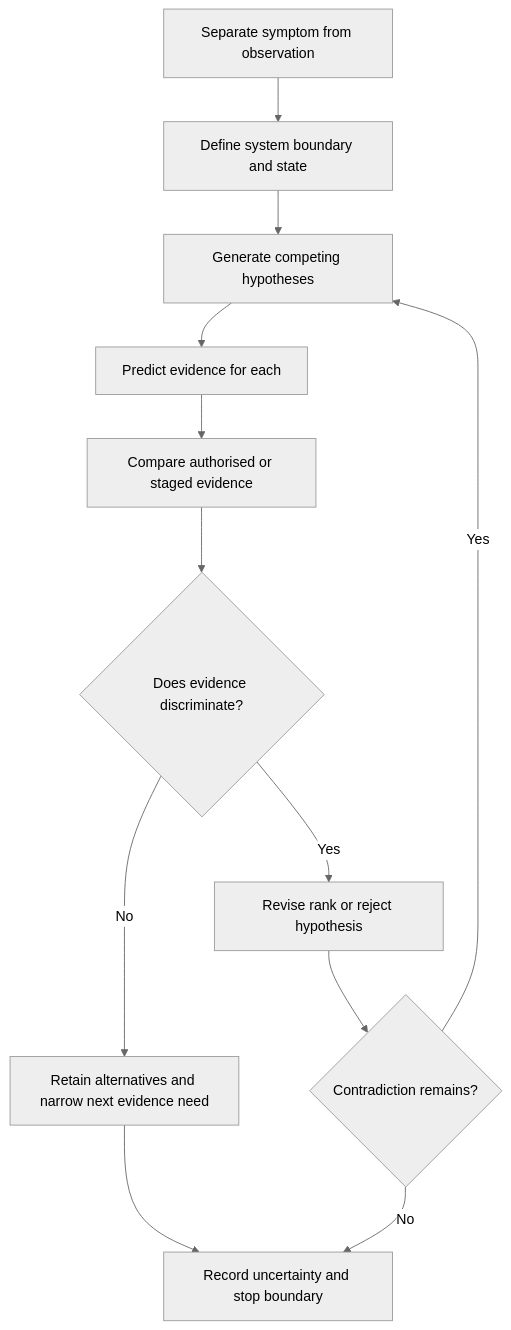
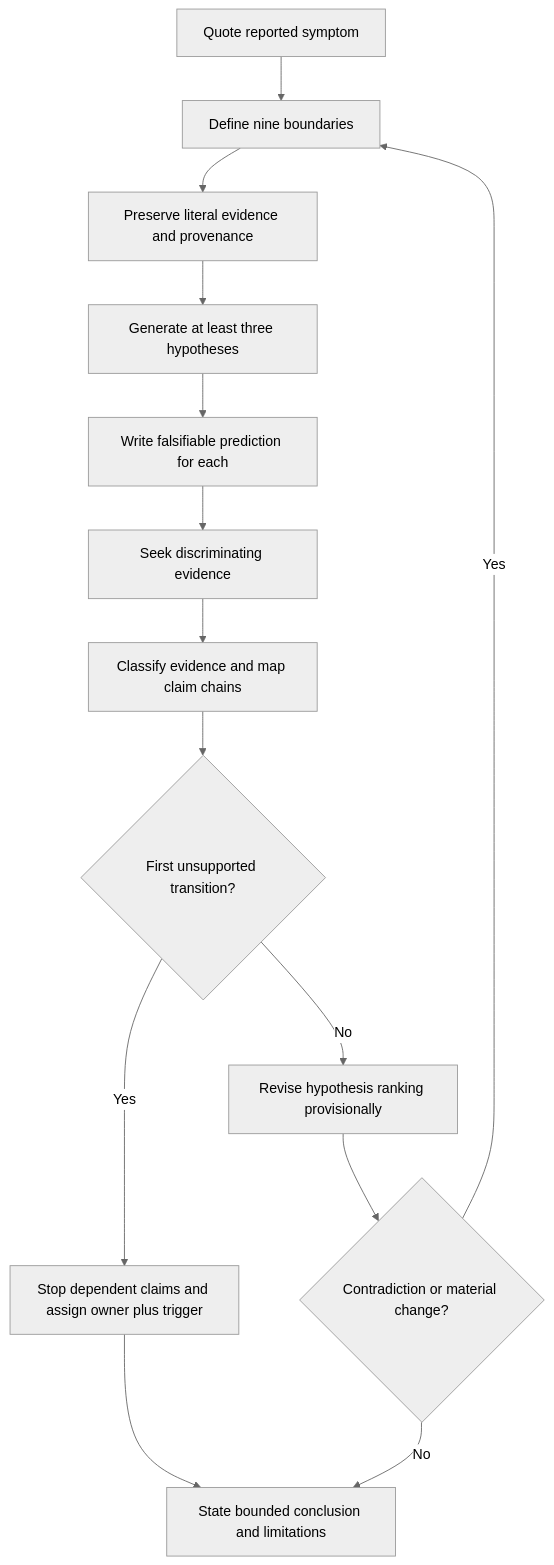
Before and after one commit to andrew3stedall/capstone: the first of 2 diagrams in docs/learning-plans/12-week/modules/day-67-systematic-fault-finding-workflow-and-hypothesis-control.md, drawn with Mermaid (neutral theme). The commit also changed other lines of this file and 3 other files, not shown here.

````diff
--- a/docs/learning-plans/12-week/modules/day-67-systematic-fault-finding-workflow-and-hypothesis-control.md
+++ b/docs/learning-plans/12-week/modules/day-67-systematic-fault-finding-workflow-and-hypothesis-control.md
@@ -74,14 +126,16 @@
 ```mermaid
 flowchart TD
-  A[Separate symptom from observation] --> B[Define system boundary and state]
-  B --> C[Generate competing hypotheses]
-  C --> D[Predict evidence for each]
-  D --> E[Compare authorised or staged evidence]
-  E --> F{Does evidence discriminate?}
-  F -->|No| G[Retain alternatives and narrow next evidence need]
-  F -->|Yes| H[Revise rank or reject hypothesis]
-  G --> I[Record uncertainty and stop boundary]
-  H --> J{Contradiction remains?}
-  J -->|Yes| C
-  J -->|No| I
+  A[Quote reported symptom] --> B[Define nine boundaries]
+  B --> C[Preserve literal evidence and provenance]
+  C --> D[Generate at least three hypotheses]
+  D --> E[Write falsifiable prediction for each]
+  E --> F[Seek discriminating evidence]
+  F --> G[Classify evidence and map claim chains]
+  G --> H{First unsupported transition?}
+  H -->|Yes| I[Stop dependent claims and assign owner plus trigger]
+  H -->|No| J[Revise hypothesis ranking provisionally]
+  J --> K{Contradiction or material change?}
+  K -->|Yes| B
+  K -->|No| L[State bounded conclusion and limitations]
+  I --> L
 ```
````
